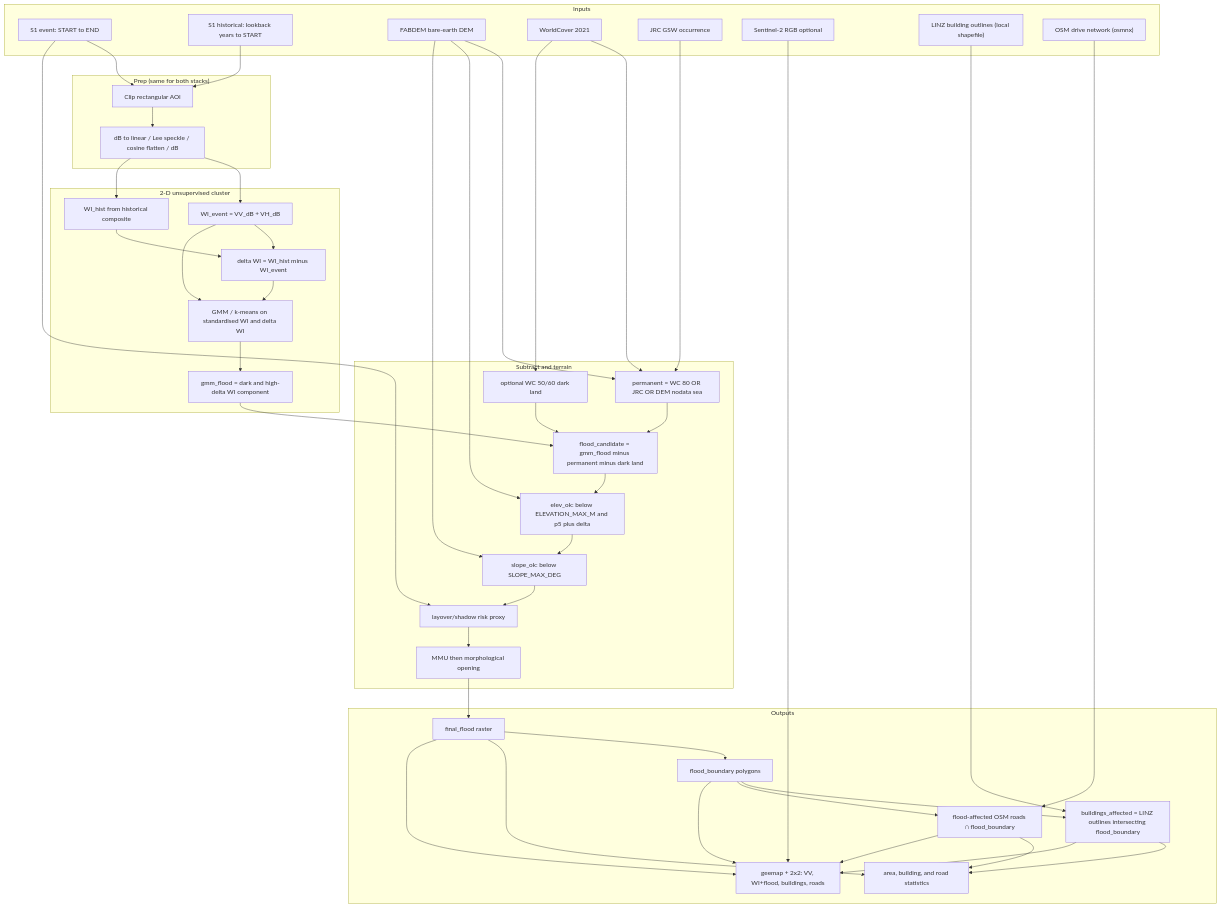
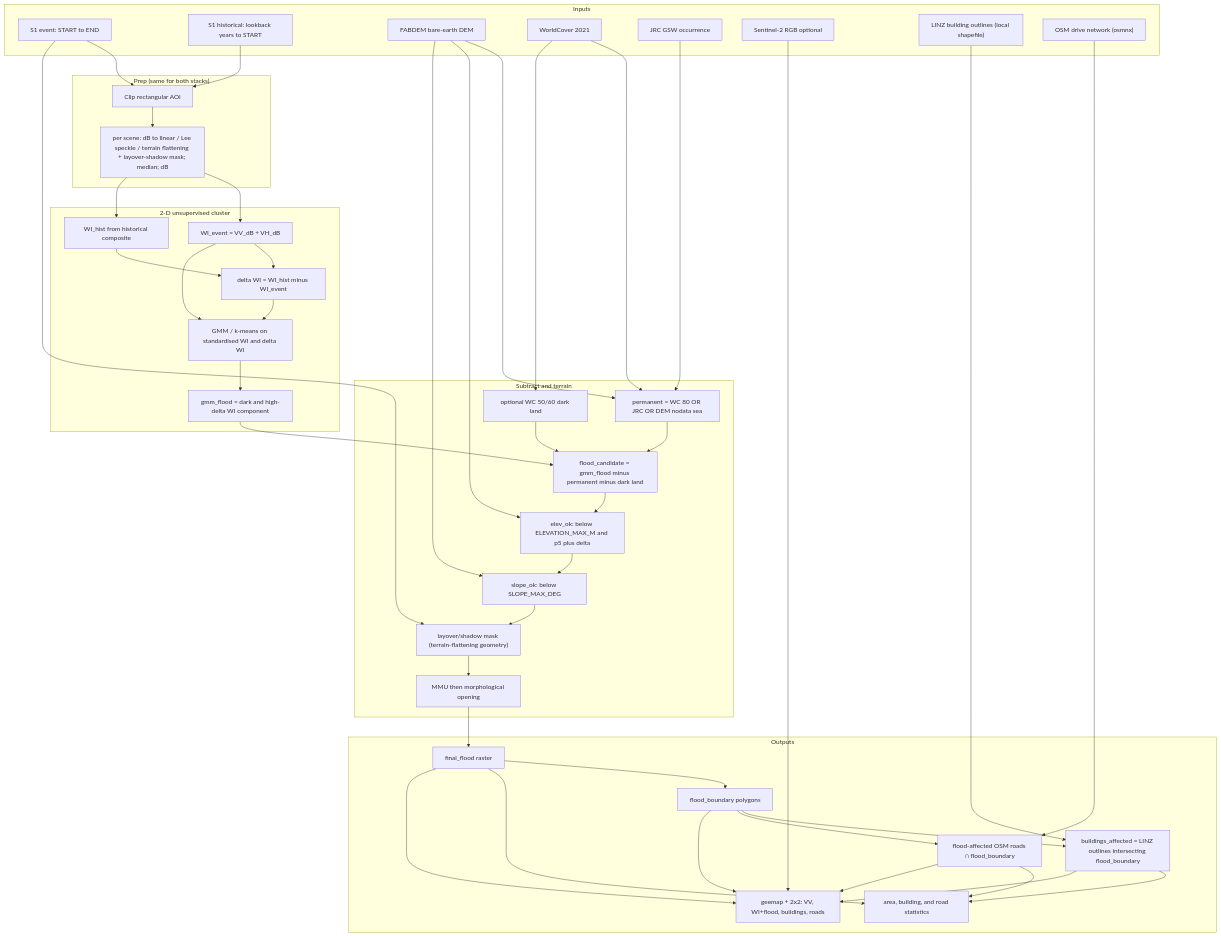
One commit to bmcl980-max/GIS changed the diagram in README.md. Above: the diagram before and after it, drawn with Mermaid. The commit also changed other lines of this file and 4 other files, not shown here.

First line of the commit message:
Per-scene Lee filter and angular terrain flattening (Vollrath et al. 2020)

````diff
--- a/README.md
+++ b/README.md
@@ -247,74 +247,74 @@
 ```mermaid
 flowchart TD
   subgraph IN["Inputs"]
     S1E["S1 event: START to END"]
     S1H["S1 historical: lookback years to START"]
     DEM["FABDEM bare-earth DEM"]
     WC["WorldCover 2021"]
     JRC["JRC GSW occurrence"]
     S2["Sentinel-2 RGB optional"]
     LINZ["LINZ building outlines (local shapefile)"]
     OSM["OSM drive network (osmnx)"]
   end
   subgraph PRE["Prep (same for both stacks)"]
     CLIP["Clip rectangular AOI"]
-    LEE["dB to linear / Lee speckle / cosine flatten / dB"]
+    LEE["per scene: dB to linear / Lee speckle / terrain flattening + layover-shadow mask; median; dB"]
   end
   subgraph WTR["2-D unsupervised cluster"]
     WI["WI_event = VV_dB + VH_dB"]
     WIH["WI_hist from historical composite"]
     DLT["delta WI = WI_hist minus WI_event"]
     GMM["GMM / k-means on standardised WI and delta WI"]
     EW["gmm_flood = dark and high-delta WI component"]
   end
   subgraph MASK["Subtract and terrain"]
     PERM["permanent = WC 80 OR JRC OR DEM nodata sea"]
     DARK["optional WC 50/60 dark land"]
     CAND["flood_candidate = gmm_flood minus permanent minus dark land"]
     ELEV["elev_ok: below ELEVATION_MAX_M and p5 plus delta"]
     SLP["slope_ok: below SLOPE_MAX_DEG"]
-    LAY["layover/shadow risk proxy"]
+    LAY["layover/shadow mask (terrain-flattening geometry)"]
     MMU["MMU then morphological opening"]
   end
   subgraph OUT["Outputs"]
     FF["final_flood raster"]
     POLY["flood_boundary polygons"]
     BLD["buildings_affected = LINZ outlines intersecting flood_boundary"]
     RD["flood-affected OSM roads ∩ flood_boundary"]
     STAT["area, building, and road statistics"]
     MAP["geemap + 2x2: VV, WI+flood, buildings, roads"]
   end
   S1E --> CLIP
   S1H --> CLIP
   CLIP --> LEE
   LEE --> WI
   LEE --> WIH
   WI --> DLT
   WIH --> DLT
   WI --> GMM
   DLT --> GMM --> EW
   WC --> PERM
   JRC --> PERM
   DEM --> PERM
   WC --> DARK
   EW --> CAND
   PERM --> CAND
   DARK --> CAND
   DEM --> ELEV
   DEM --> SLP
   S1E --> LAY
   CAND --> ELEV --> SLP --> LAY --> MMU --> FF
   FF --> POLY
   FF --> STAT
   POLY --> BLD
   LINZ --> BLD
   POLY --> RD
   OSM --> RD
   BLD --> STAT
   RD --> STAT
   BLD --> MAP
   RD --> MAP
   S2 --> MAP
   FF --> MAP
   POLY --> MAP
 ```
````
